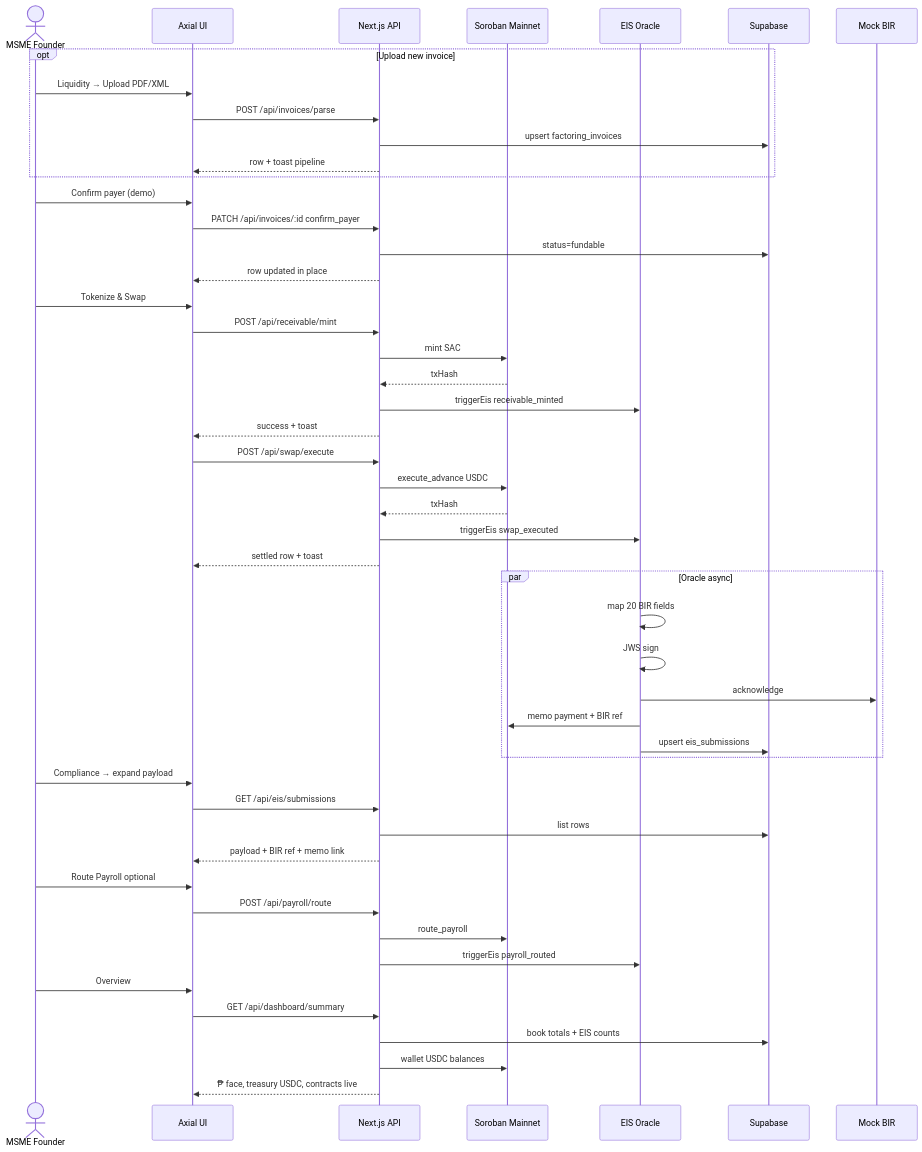
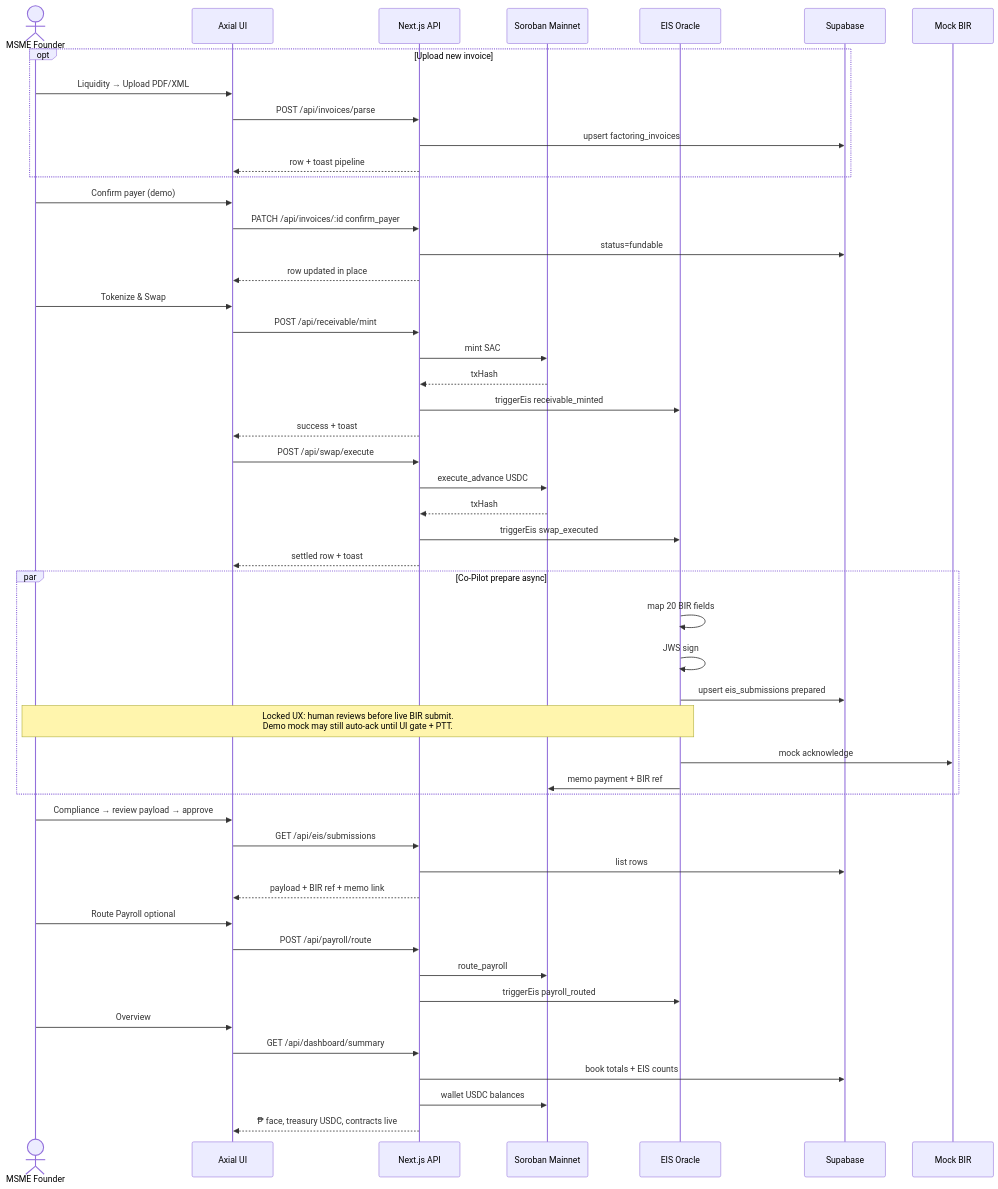
Before and after one commit to Axon-Enjin/axial: the third of 8 diagrams in docs/flow.md, drawn with Mermaid. The commit also changed other lines of this file and 9 other files, not shown here.

````diff
--- a/docs/flow.md
+++ b/docs/flow.md
@@ -112,59 +113,60 @@
 ```mermaid
 sequenceDiagram
   actor MSME as MSME Founder
   participant UI as Axial UI
   participant API as Next.js API
   participant SC as Soroban Mainnet
   participant OR as EIS Oracle
   participant DB as Supabase
   participant BIR as Mock BIR
 
   opt Upload new invoice
     MSME->>UI: Liquidity → Upload PDF/XML
     UI->>API: POST /api/invoices/parse
     API->>DB: upsert factoring_invoices
     API-->>UI: row + toast pipeline
   end
 
   MSME->>UI: Confirm payer (demo)
   UI->>API: PATCH /api/invoices/:id confirm_payer
   API->>DB: status=fundable
   API-->>UI: row updated in place
 
   MSME->>UI: Tokenize & Swap
   UI->>API: POST /api/receivable/mint
   API->>SC: mint SAC
   SC-->>API: txHash
   API->>OR: triggerEis receivable_minted
   API-->>UI: success + toast
 
   UI->>API: POST /api/swap/execute
   API->>SC: execute_advance USDC
   SC-->>API: txHash
   API->>OR: triggerEis swap_executed
   API-->>UI: settled row + toast
 
-  par Oracle async
+  par Co-Pilot prepare async
     OR->>OR: map 20 BIR fields
     OR->>OR: JWS sign
-    OR->>BIR: acknowledge
+    OR->>DB: upsert eis_submissions prepared
+    Note over MSME,OR: Locked UX: human reviews before live BIR submit.<br/>Demo mock may still auto-ack until UI gate + PTT.
+    OR->>BIR: mock acknowledge
     OR->>SC: memo payment + BIR ref
-    OR->>DB: upsert eis_submissions
   end
 
-  MSME->>UI: Compliance → expand payload
+  MSME->>UI: Compliance → review payload → approve
   UI->>API: GET /api/eis/submissions
   API->>DB: list rows
   API-->>UI: payload + BIR ref + memo link
 
   MSME->>UI: Route Payroll optional
   UI->>API: POST /api/payroll/route
   API->>SC: route_payroll
   API->>OR: triggerEis payroll_routed
 
   MSME->>UI: Overview
   UI->>API: GET /api/dashboard/summary
   API->>DB: book totals + EIS counts
   API->>SC: wallet USDC balances
   API-->>UI: ₱ face, treasury USDC, contracts live
 ```
````
